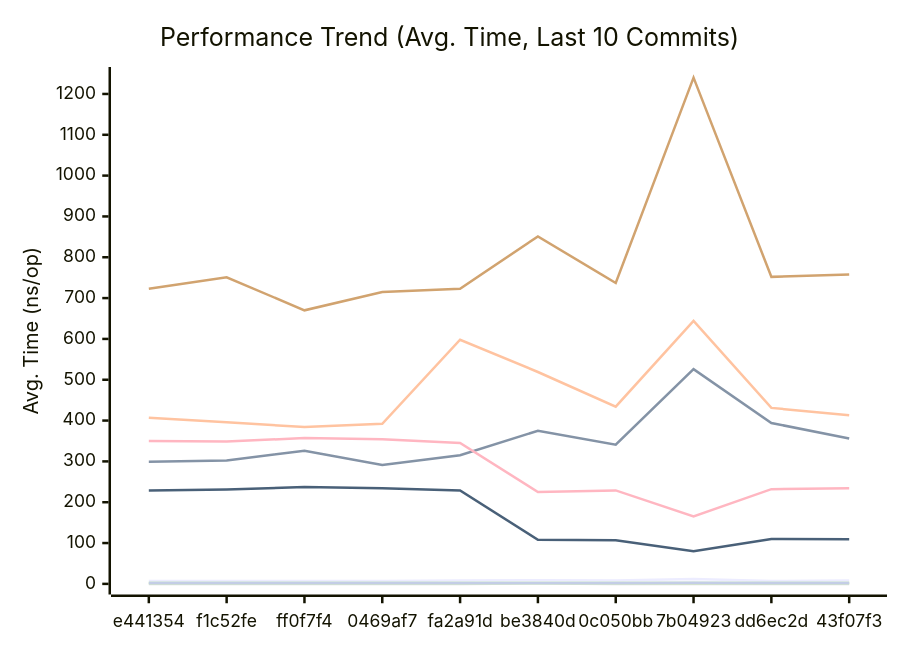
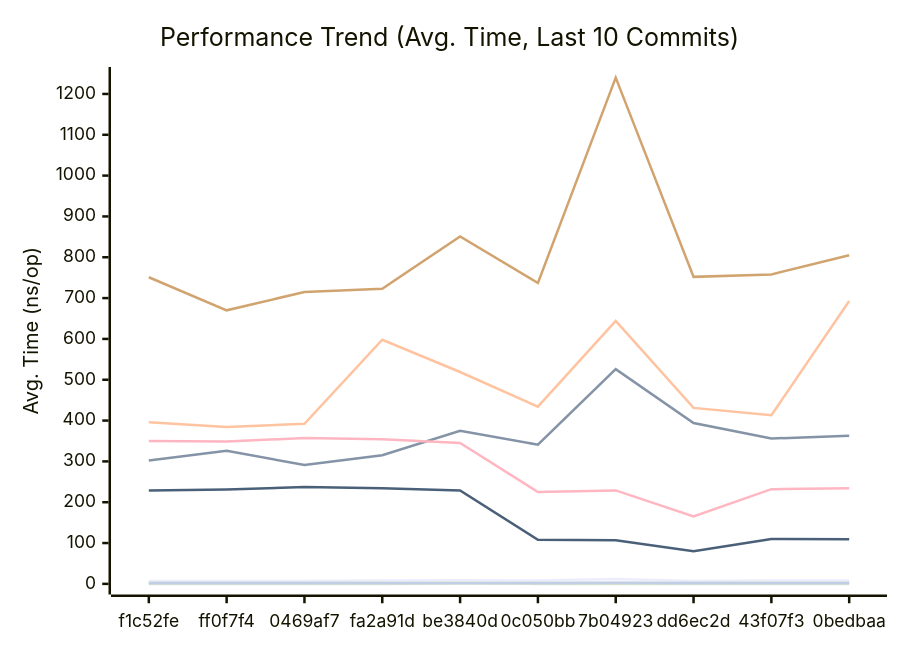
One commit to alsotoes/momo changed the first of 3 diagrams in docs/PERFORMANCE.md. Above: the diagram before and after it, drawn with Mermaid. The commit also changed other lines of this file and 4 other files, not shown here.

````diff
--- a/docs/PERFORMANCE.md
+++ b/docs/PERFORMANCE.md
@@ -80,16 +80,16 @@
 ```mermaid
 xychart-beta
     title "Performance Trend (Avg. Time, Last 10 Commits)"
     x-axis "Commit"
     y-axis "Avg. Time (ns/op)"
-    x-axis [e441354,f1c52fe,ff0f7f4,0469af7,fa2a91d,be3840d,0c050bb,7b04923,dd6ec2d,43f07f3]
-    line "CheckMetricsAndSwap" [7,7,7,7,8,9,8,12,7,8]
-    line "CrushOptimized" [299,302,326,291,315,375,341,526,394,356]
-    line "CrushOriginal" [407,396,384,392,598,519,434,644,431,413]
-    line "IndexDirectTracking" [0,0,0,0,0,1,0,0,0,0]
+    x-axis [f1c52fe,ff0f7f4,0469af7,fa2a91d,be3840d,0c050bb,7b04923,dd6ec2d,43f07f3,0bedbaa]
+    line "CheckMetricsAndSwap" [7,7,7,8,9,8,12,7,8,8]
+    line "CrushOptimized" [302,326,291,315,375,341,526,394,356,363]
+    line "CrushOriginal" [396,384,392,598,519,434,644,431,413,693]
+    line "IndexDirectTracking" [0,0,0,0,1,0,0,0,0,0]
     line "IndexSearch" [2,2,2,2,2,2,2,2,2,2]
-    line "LoadGlobalConfig" [723,751,670,715,723,851,737,1240,752,758]
-    line "PadString" [2,2,2,2,2,2,2,3,2,2]
+    line "LoadGlobalConfig" [751,670,715,723,851,737,1240,752,758,805]
+    line "PadString" [2,2,2,2,2,2,3,2,2,2]
     line "ParseReplicationOrder_NoPrealloc" [350,349,357,354,345,225,229,165,232,234]
     line "ParseReplicationOrder_Prealloc" [229,231,237,234,229,108,107,80,110,109]
 ```
````
